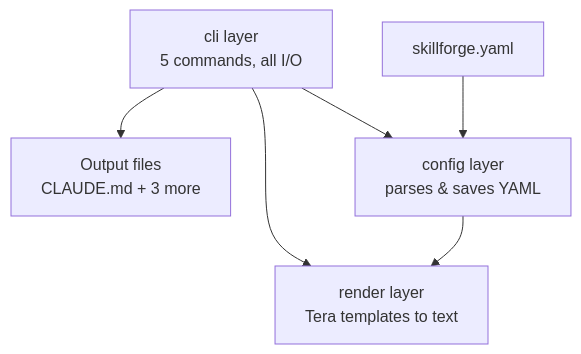
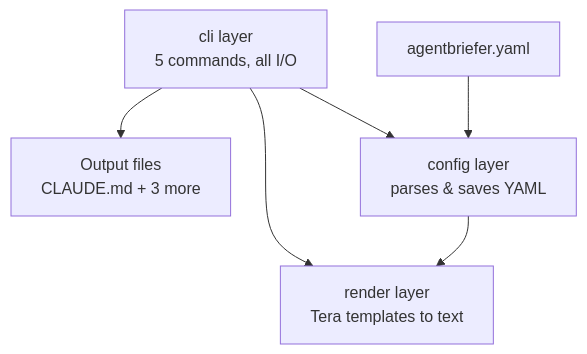
One commit to dexterhere/agentbriefer changed the diagram in README.md. Above: the diagram before and after it, drawn with Mermaid. The commit also changed other lines of this file and 29 other files, not shown here.

````diff
--- a/README.md
+++ b/README.md
@@ -170,14 +170,14 @@
 ```mermaid
 flowchart TD
-    YAML[skillforge.yaml]
+    YAML[agentbriefer.yaml]
     CLI["cli layer<br/>5 commands, all I/O"]
     OUT["Output files<br/>CLAUDE.md + 3 more"]
     CONFIG["config layer<br/>parses &amp; saves YAML"]
     RENDER["render layer<br/>Tera templates to text"]
 
     YAML --> CONFIG
     CLI --> CONFIG
     CLI --> RENDER
     CONFIG --> RENDER
     CLI --> OUT
 ```
````
